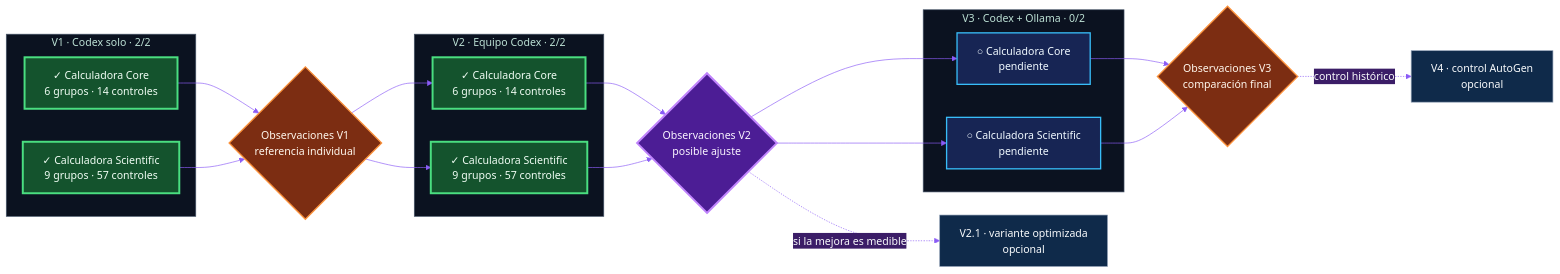
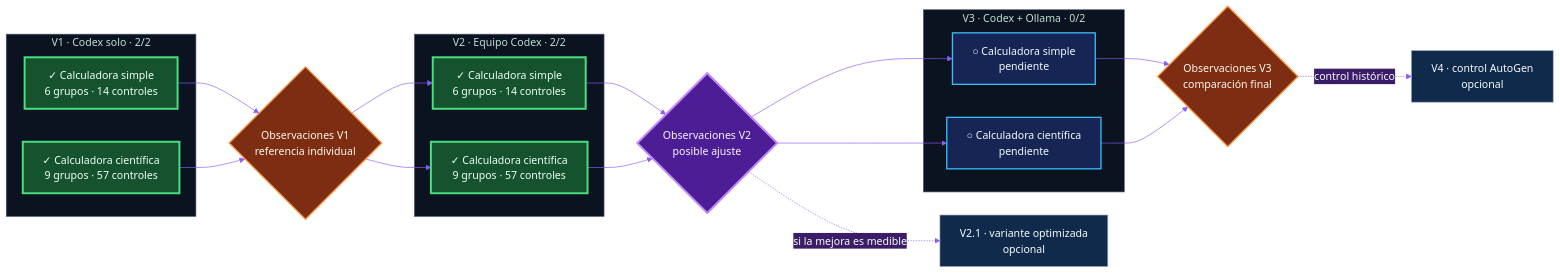
The diagram in README.es.md (ERICRAC/AgentBench-2026), drawn with Mermaid before and after one commit. The commit also changed other lines of this file and 23 other files, not shown here.

````diff
--- a/README.es.md
+++ b/README.es.md
@@ -44,44 +48,44 @@
 ```mermaid
 %%{init: {"theme": "base", "themeVariables": {
   "primaryColor": "#0f2a4a", "primaryTextColor": "#f8fafc",
   "primaryBorderColor": "#22d3ee", "secondaryColor": "#3b1d67",
   "tertiaryColor": "#431f2b", "fontFamily": "system-ui",
   "lineColor": "#8b5cf6", "clusterBkg": "#0b1220",
   "clusterBorder": "#475569"
 }}}%%
 flowchart LR
     subgraph V1["V1 · Codex solo · 2/2"]
-      V1C["✓ Calculadora Core<br/>6 grupos · 14 controles"]
-      V1S["✓ Calculadora Scientific<br/>9 grupos · 57 controles"]
+      V1C["✓ Calculadora simple<br/>6 grupos · 14 controles"]
+      V1S["✓ Calculadora científica<br/>9 grupos · 57 controles"]
     end
     G1{"Observaciones V1<br/>referencia individual"}
     subgraph V2["V2 · Equipo Codex · 2/2"]
-      V2C["✓ Calculadora Core<br/>6 grupos · 14 controles"]
-      V2S["✓ Calculadora Scientific<br/>9 grupos · 57 controles"]
+      V2C["✓ Calculadora simple<br/>6 grupos · 14 controles"]
+      V2S["✓ Calculadora científica<br/>9 grupos · 57 controles"]
     end
     G2{"Observaciones V2<br/>posible ajuste"}
     V21["V2.1 · variante optimizada<br/>opcional"]
     subgraph V3["V3 · Codex + Ollama · 0/2"]
-      V3C["○ Calculadora Core<br/>pendiente"]
-      V3S["○ Calculadora Scientific<br/>pendiente"]
+      V3C["○ Calculadora simple<br/>pendiente"]
+      V3S["○ Calculadora científica<br/>pendiente"]
     end
     G3{"Observaciones V3<br/>comparación final"}
     V4["V4 · control AutoGen<br/>opcional"]
     V1C & V1S --> G1
     G1 --> V2C & V2S
     V2C & V2S --> G2
     G2 -. "si la mejora es medible" .-> V21
     G2 --> V3C & V3S
     V3C & V3S --> G3
     G3 -. "control histórico" .-> V4
     classDef done fill:#14532d,stroke:#4ade80,color:#f0fdf4,stroke-width:3px;
     classDef next fill:#4c1d95,stroke:#c084fc,color:#faf5ff,stroke-width:3px;
     classDef todo fill:#172554,stroke:#38bdf8,color:#f0f9ff,stroke-width:2px;
     classDef gate fill:#7c2d12,stroke:#fb923c,color:#fff7ed,stroke-width:2px;
     classDef optional fill:#0f2a4a,stroke:#94a3b8,color:#f8fafc;
     class V1C,V1S,V2C,V2S done;
     class V3C,V3S todo;
     class G1,G3 gate;
     class G2 next;
     class V21,V4 optional;
 ```
````
